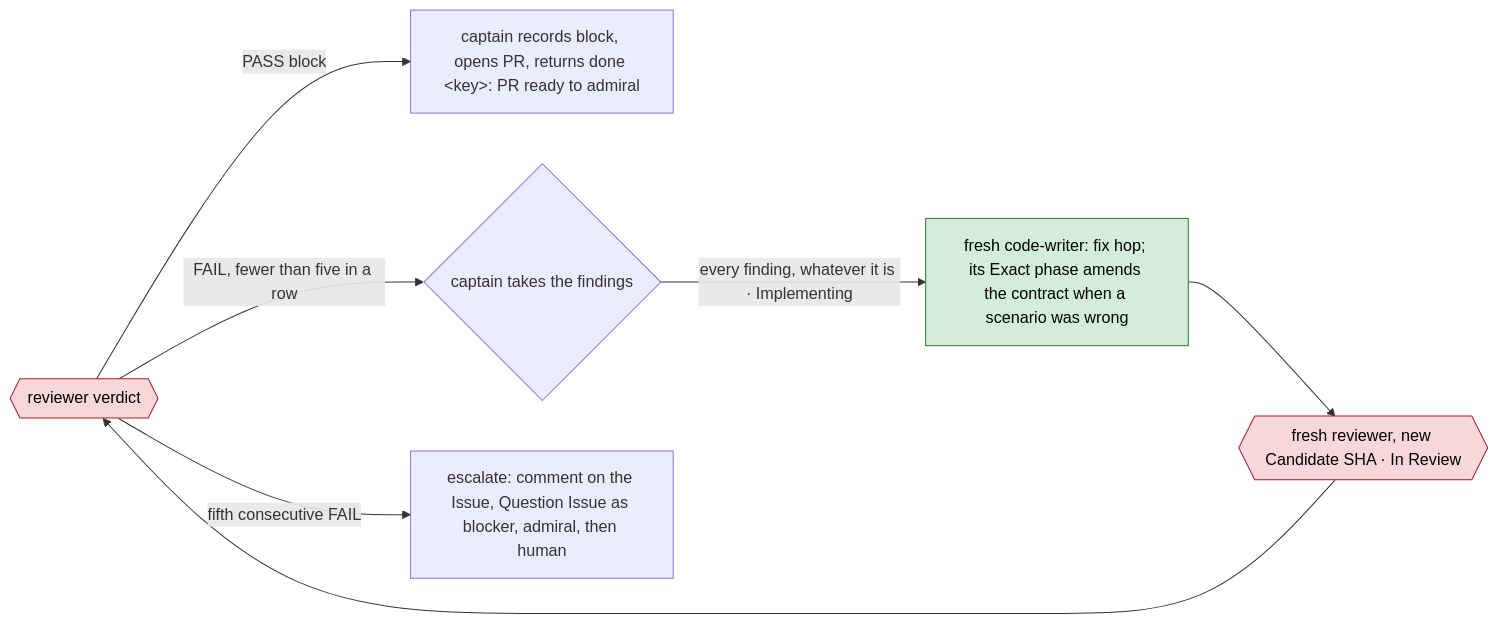
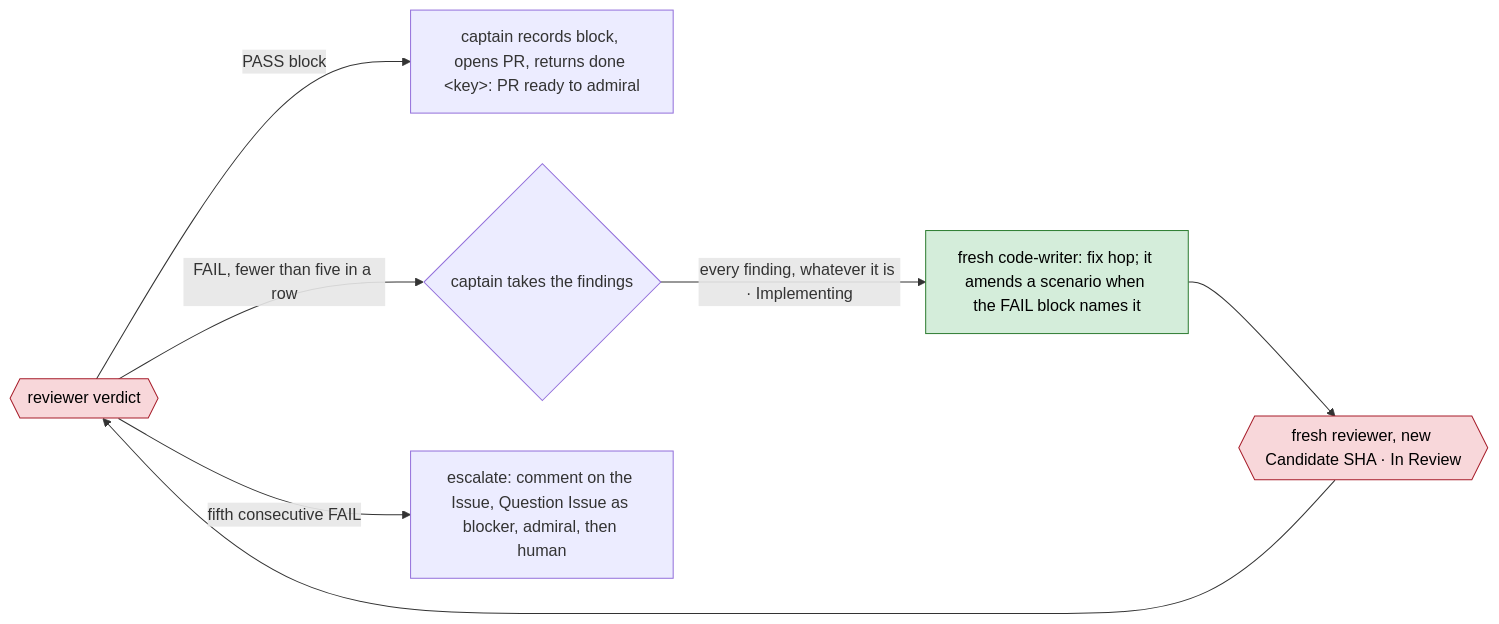
The sixth of 12 diagrams in dydo/understand/control-flow.md (bodnarbalazs/dydo), drawn with Mermaid before and after one commit. The commit also changed other lines of this file and 21 other files, not shown here.

First line of the commit message:
DYD-230 implement: rewrite code-writer to TDD by Type with checkable red and no refactor phase

````diff
--- a/dydo/understand/control-flow.md
+++ b/dydo/understand/control-flow.md
@@ -464,11 +464,11 @@
 ```mermaid
 flowchart LR
   classDef crew fill:#d4edda,stroke:#2e7d32,color:#000
   classDef reviewer fill:#f8d7da,stroke:#a71d2a,color:#000
   RV{{reviewer verdict}}:::reviewer -->|PASS block| OK[captain records block, opens PR, returns done &lt;key&gt;: PR ready to admiral]
   RV -->|"FAIL, fewer than five in a row"| RT{captain takes the findings}
-  RT -->|"every finding, whatever it is · Implementing"| IM[fresh code-writer: fix hop; its Exact phase amends the contract when a scenario was wrong]:::crew
+  RT -->|"every finding, whatever it is · Implementing"| IM[fresh code-writer: fix hop; it amends a scenario when the FAIL block names it]:::crew
   IM --> FR{{fresh reviewer, new Candidate SHA · In Review}}:::reviewer
   FR --> RV
   RV -->|fifth consecutive FAIL| ESC[escalate: comment on the Issue, Question Issue as blocker, admiral, then human]
 ```
````
